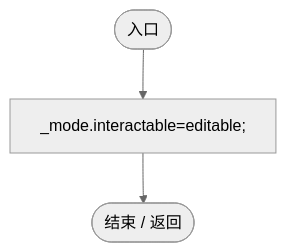
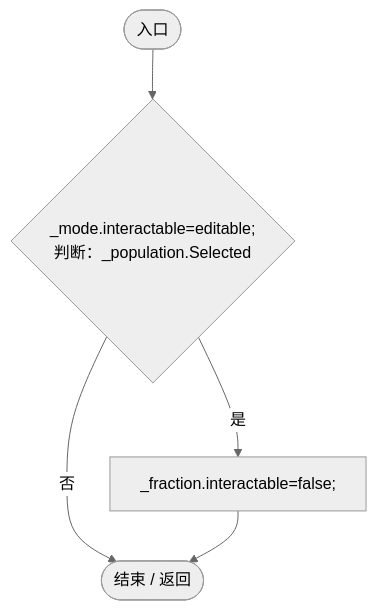
Diagram 25 of 26 in Docs/运行流程图/脚本/92d59cd12a5696c3.md (xhs6666/Darwin_paradise), drawn with Mermaid (neutral theme) before and after one commit. The commit also changed other lines of this file and 114 other files, not shown here.

````diff
--- a/Docs/运行流程图/脚本/92d59cd12a5696c3.md
+++ b/Docs/运行流程图/脚本/92d59cd12a5696c3.md
@@ -750,9 +862,12 @@
 ```mermaid
 flowchart TD
   b0(["入口"])
-  b1["_mode.interactable=editable;"]
-  b2(["结束 / 返回"])
+  b1{"_mode.interactable=editable;<br/>判断：_population.Selected"}
+  b2["_fraction.interactable=false;"]
+  b3(["结束 / 返回"])
   b0 --> b1
-  b1 --> b2
+  b1 -->|"是"| b2
+  b1 -->|"否"| b3
+  b2 --> b3
 
 ```
````
